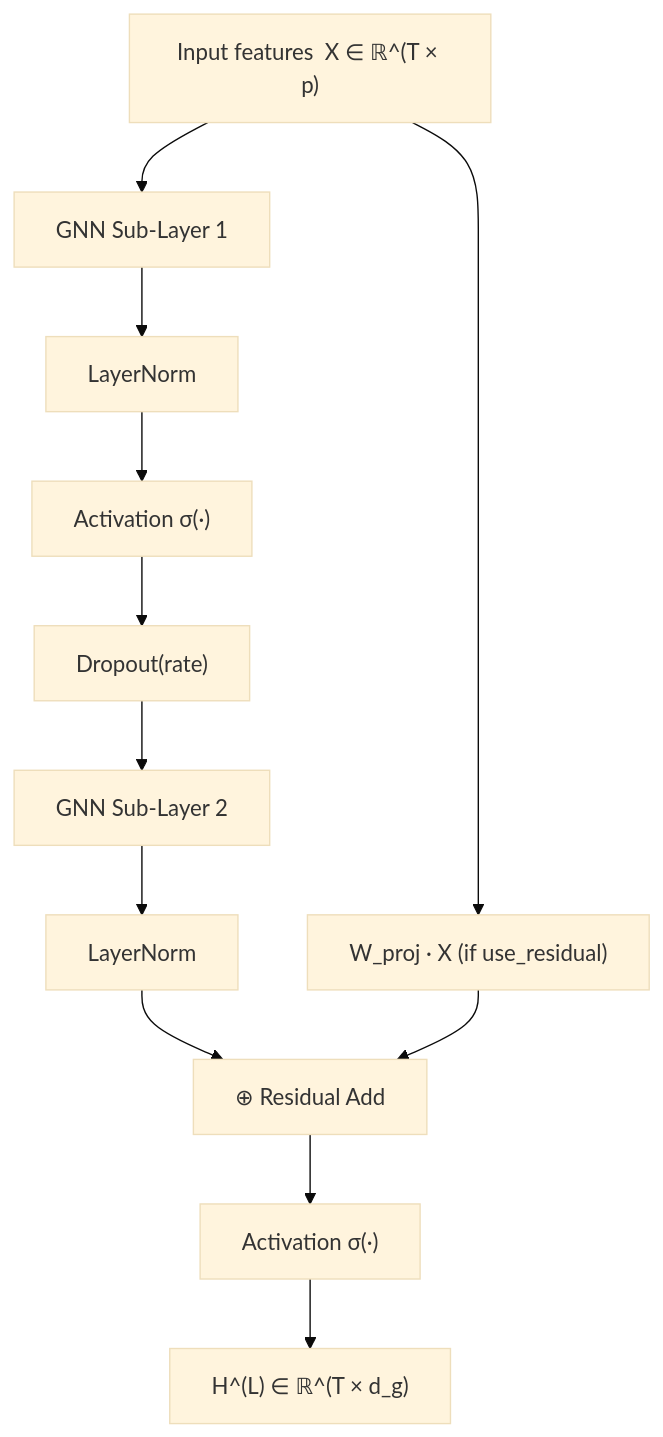
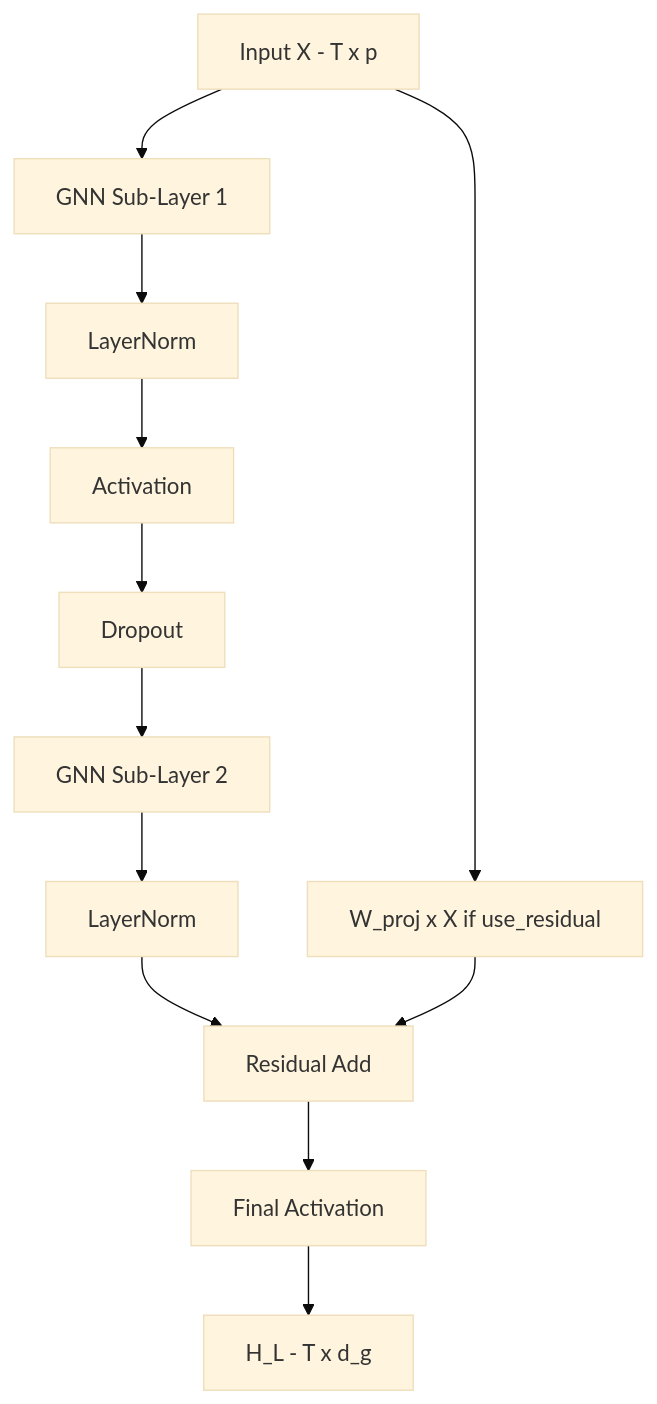
Before and after one commit to JStevens95/QuantStrata: the third of 3 diagrams in src/rade_ml/models/hybrid_gnn_rnn/README.md, drawn with Mermaid (base theme). The commit also changed other lines of this file, not shown here.

````diff
--- a/src/rade_ml/models/hybrid_gnn_rnn/README.md
+++ b/src/rade_ml/models/hybrid_gnn_rnn/README.md
@@ -322,14 +307,14 @@
 ```mermaid
 flowchart TB
-    IN["Input features  X ∈ ℝ^(T × p)"] --> PROJ["W_proj · X  (if use_residual)"]
+    IN["Input X  -  T x p"] --> PROJ["W_proj x X  if use_residual"]
     IN --> GNN1["GNN Sub-Layer 1"]
     GNN1 --> LN1["LayerNorm"]
-    LN1 --> ACT1["Activation  σ(·)"]
-    ACT1 --> DROP1["Dropout(rate)"]
+    LN1 --> ACT1["Activation"]
+    ACT1 --> DROP1["Dropout"]
     DROP1 --> GNN2["GNN Sub-Layer 2"]
     GNN2 --> LN2["LayerNorm"]
-    LN2 --> ADD["⊕  Residual Add"]
+    LN2 --> ADD["Residual Add"]
     PROJ --> ADD
-    ADD --> ACTF["Activation  σ(·)"]
-    ACTF --> OUT["H^(L) ∈ ℝ^(T × d_g)"]
+    ADD --> ACTF["Final Activation"]
+    ACTF --> OUT["H_L  -  T x d_g"]
 ```
````
